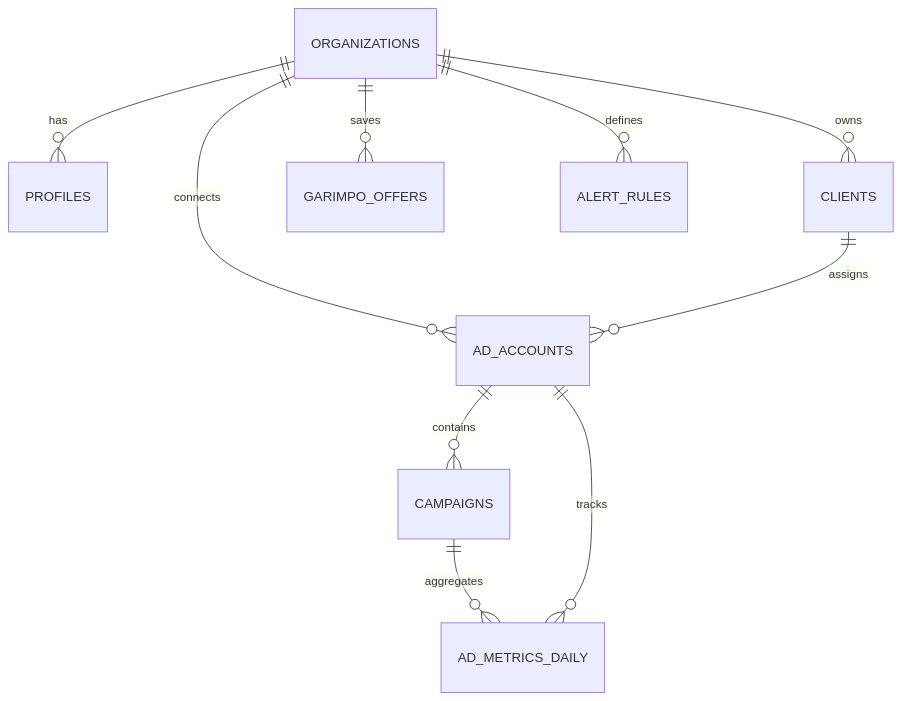
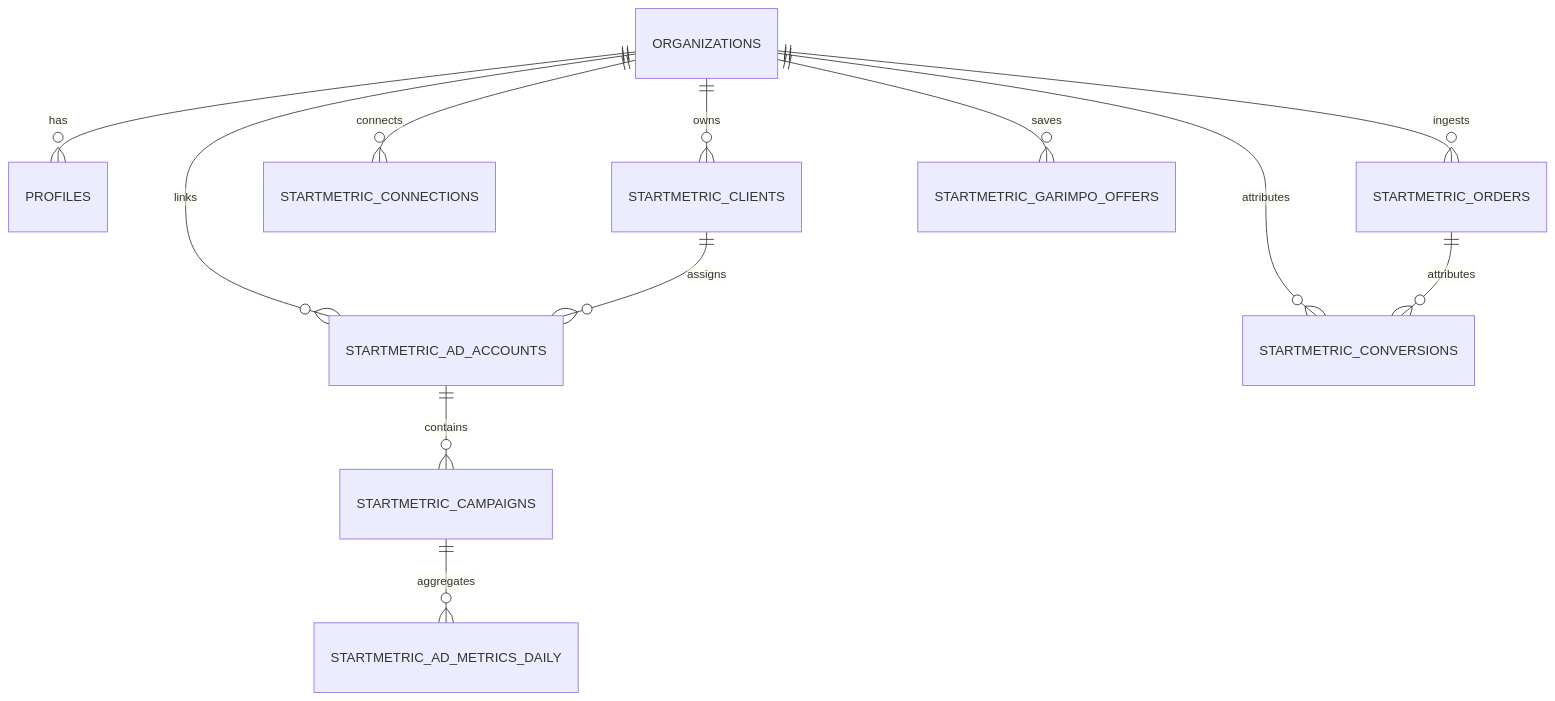
The diagram in SCHEMA.md (evandrosilva5santos-lab/start-metric), drawn with Mermaid before and after one commit. The commit also changed other lines of this file and 308 other files, not shown here.

````diff
--- a/SCHEMA.md
+++ b/SCHEMA.md
@@ -10,13 +10,15 @@
 ```mermaid
 erDiagram
     ORGANIZATIONS ||--o{ PROFILES : has
-    ORGANIZATIONS ||--o{ CLIENTS : owns
-    ORGANIZATIONS ||--o{ AD_ACCOUNTS : connects
-    ORGANIZATIONS ||--o{ GARIMPO_OFFERS : saves
-    ORGANIZATIONS ||--o{ ALERT_RULES : defines
+    ORGANIZATIONS ||--o{ STARTMETRIC_CLIENTS : owns
+    ORGANIZATIONS ||--o{ STARTMETRIC_CONNECTIONS : connects
+    ORGANIZATIONS ||--o{ STARTMETRIC_AD_ACCOUNTS : links
+    ORGANIZATIONS ||--o{ STARTMETRIC_ORDERS : ingests
+    ORGANIZATIONS ||--o{ STARTMETRIC_CONVERSIONS : attributes
+    ORGANIZATIONS ||--o{ STARTMETRIC_GARIMPO_OFFERS : saves
 
-    CLIENTS ||--o{ AD_ACCOUNTS : assigns
-    AD_ACCOUNTS ||--o{ CAMPAIGNS : contains
-    CAMPAIGNS ||--o{ AD_METRICS_DAILY : aggregates
-    AD_ACCOUNTS ||--o{ AD_METRICS_DAILY : tracks
+    STARTMETRIC_CLIENTS ||--o{ STARTMETRIC_AD_ACCOUNTS : assigns
+    STARTMETRIC_AD_ACCOUNTS ||--o{ STARTMETRIC_CAMPAIGNS : contains
+    STARTMETRIC_CAMPAIGNS ||--o{ STARTMETRIC_AD_METRICS_DAILY : aggregates
+    STARTMETRIC_ORDERS ||--o{ STARTMETRIC_CONVERSIONS : attributes
 ```
````
